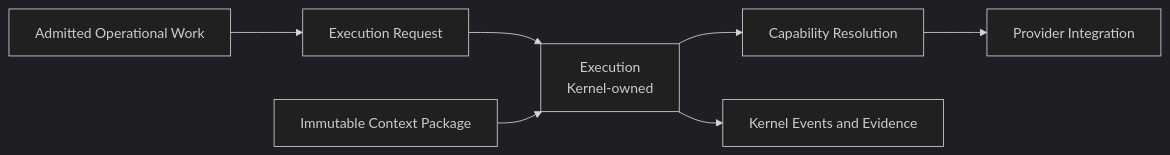
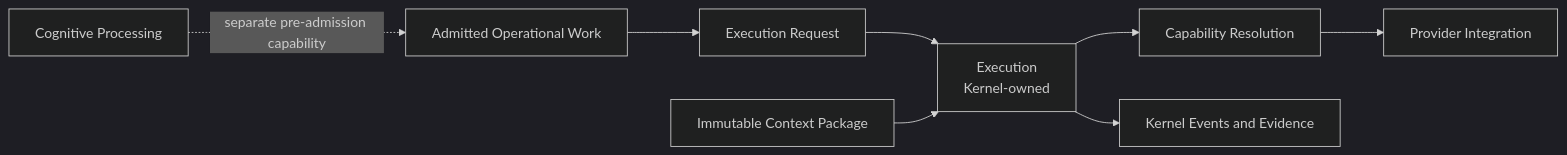
The diagram in docs/architecture/diagrams/07-ai-kernel/07_AI_KERNEL.md (zsambokia/ai-bridge), drawn with Mermaid (dark theme) before and after one commit. The commit also changed other lines of this file and 19 other files, not shown here.

Commit message:
docs: converge factory protocol architecture

````diff
--- a/docs/architecture/diagrams/07-ai-kernel/07_AI_KERNEL.md
+++ b/docs/architecture/diagrams/07-ai-kernel/07_AI_KERNEL.md
@@ -12,7 +12,8 @@
 ```mermaid
 flowchart LR
     W[Admitted Operational Work] --> ER[Execution Request] --> EX[Execution<br/>Kernel-owned]
     CP[Immutable Context Package] --> EX
     EX --> CR[Capability Resolution] --> PI[Provider Integration]
     EX --> KE[Kernel Events and Evidence]
+    CP2[Cognitive Processing] -. separate pre-admission capability .-> W
 ```
````
